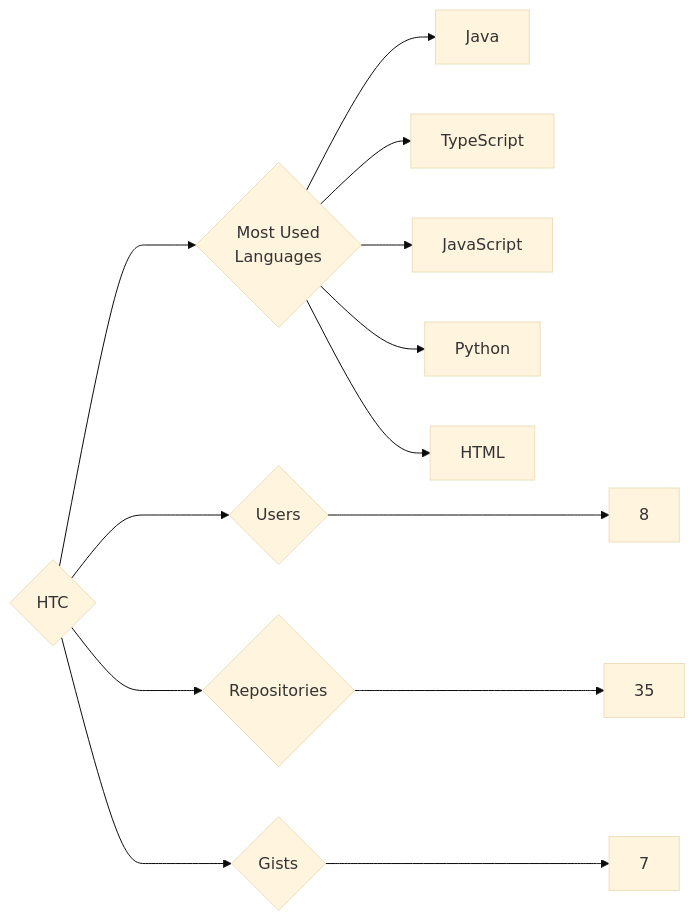
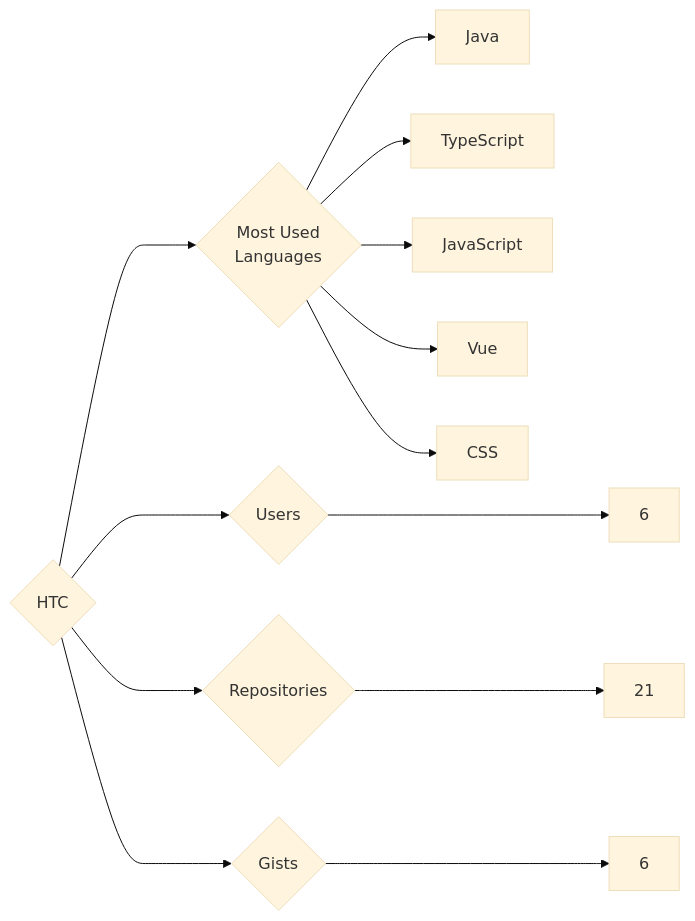
One commit to trickest/insiders changed the diagram in targets/HTC/README.md. Above: the diagram before and after it, drawn with Mermaid (base theme). The commit also changed 857 other files, not shown here.

````diff
--- a/targets/HTC/README.md
+++ b/targets/HTC/README.md
@@ -3,13 +3,13 @@
 ```mermaid
 graph LR
 COMPANY_NAME{HTC}
-COMPANY_NAME ---> U{Users} ---> UN[8]
-COMPANY_NAME ---> R{Repositories} ---> RN[35]
-COMPANY_NAME ---> G{Gists} ---> GN[7]
+COMPANY_NAME ---> U{Users} ---> UN[6]
+COMPANY_NAME ---> R{Repositories} ---> RN[21]
+COMPANY_NAME ---> G{Gists} ---> GN[6]
 COMPANY_NAME ---> ML{Most Used<br>Languages}
 ML --> Java[Java]
 ML --> TypeScript[TypeScript]
 ML --> JavaScript[JavaScript]
-ML --> Python[Python]
-ML --> HTML[HTML]
+ML --> Vue[Vue]
+ML --> CSS[CSS]
 ```
````
